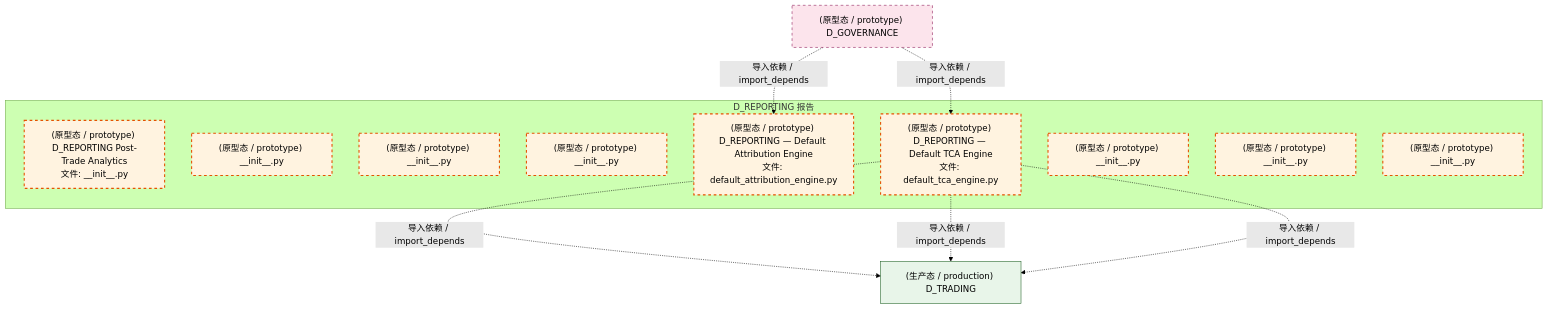
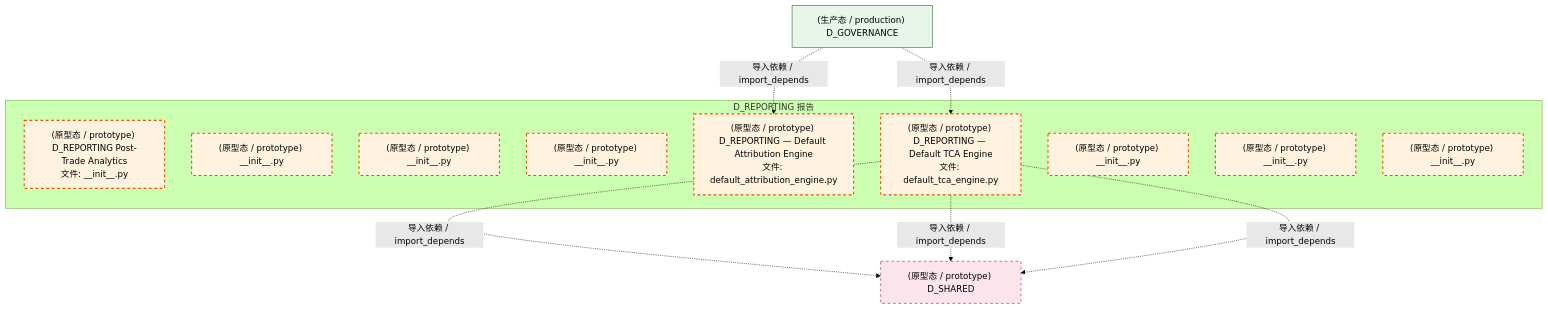
The third of 4 diagrams in docs/02_enterprise_architecture/02_domain_architecture_docs/16_d_reporting.md (xuanFelixVan/ZephyrAlpha), drawn with Mermaid (forest theme) before and after one commit. The commit also changed other lines of this file and 99 other files, not shown here.

````diff
--- a/docs/02_enterprise_architecture/02_domain_architecture_docs/16_d_reporting.md
+++ b/docs/02_enterprise_architecture/02_domain_architecture_docs/16_d_reporting.md
@@ -145,28 +144,28 @@
 ```mermaid
 graph TD
     subgraph D_REPORTING["D_REPORTING 报告"]
         src_zephyr_reporting_init_py["(原型态 / prototype) D_REPORTING Post-Trade Analytics<br/>文件: __init__.py"]
         src_zephyr_reporting_extensions_init_py["(原型态 / prototype) __init__.py"]
         src_zephyr_reporting_api_init_py["(原型态 / prototype) __init__.py"]
         src_zephyr_reporting_core_init_py["(原型态 / prototype) __init__.py"]
         src_zephyr_reporting_default_attribution_engine_py["(原型态 / prototype) D_REPORTING — Default Attribution Engine<br/>文件: default_attribution_engine.py"]
         src_zephyr_reporting_default_tca_engine_py["(原型态 / prototype) D_REPORTING — Default TCA Engine<br/>文件: default_tca_engine.py"]
         src_zephyr_reporting_infrastructure_init_py["(原型态 / prototype) __init__.py"]
         src_zephyr_reporting_models_init_py["(原型态 / prototype) __init__.py"]
         src_zephyr_reporting_services_init_py["(原型态 / prototype) __init__.py"]
     end
-    D_TRADING["(生产态 / production) D_TRADING"]
-    src_zephyr_reporting_default_tca_engine_py -.->|导入依赖 / import_depends| D_TRADING
-    src_zephyr_reporting_default_tca_engine_py -.->|导入依赖 / import_depends| D_TRADING
-    src_zephyr_reporting_default_tca_engine_py -.->|导入依赖 / import_depends| D_TRADING
-    D_GOVERNANCE["(原型态 / prototype) D_GOVERNANCE"]
+    D_SHARED["(原型态 / prototype) D_SHARED"]
+    src_zephyr_reporting_default_tca_engine_py -.->|导入依赖 / import_depends| D_SHARED
+    src_zephyr_reporting_default_tca_engine_py -.->|导入依赖 / import_depends| D_SHARED
+    src_zephyr_reporting_default_tca_engine_py -.->|导入依赖 / import_depends| D_SHARED
+    D_GOVERNANCE["(生产态 / production) D_GOVERNANCE"]
+    D_GOVERNANCE -.->|导入依赖 / import_depends| src_zephyr_reporting_default_tca_engine_py
     D_GOVERNANCE -.->|导入依赖 / import_depends| src_zephyr_reporting_default_attribution_engine_py
-    D_GOVERNANCE -.->|导入依赖 / import_depends| src_zephyr_reporting_default_tca_engine_py
     classDef production fill:#e1f5fe,stroke:#01579b,stroke-width:2px,color:#000
     classDef design fill:#fff3e0,stroke:#e65100,stroke-width:2px,color:#000,stroke-dasharray: 5 5
     classDef external_prod fill:#e8f5e9,stroke:#1b5e20,stroke-width:1px,color:#000
     classDef external_design fill:#fce4ec,stroke:#880e4f,stroke-width:1px,color:#000,stroke-dasharray: 5 5
     class src_zephyr_reporting_init_py,src_zephyr_reporting_extensions_init_py,src_zephyr_reporting_api_init_py,src_zephyr_reporting_core_init_py,src_zephyr_reporting_default_attribution_engine_py,src_zephyr_reporting_default_tca_engine_py,src_zephyr_reporting_infrastructure_init_py,src_zephyr_reporting_models_init_py,src_zephyr_reporting_services_init_py design
-    class D_TRADING external_prod
-    class D_GOVERNANCE external_design
+    class D_GOVERNANCE external_prod
+    class D_SHARED external_design
 ```
````
